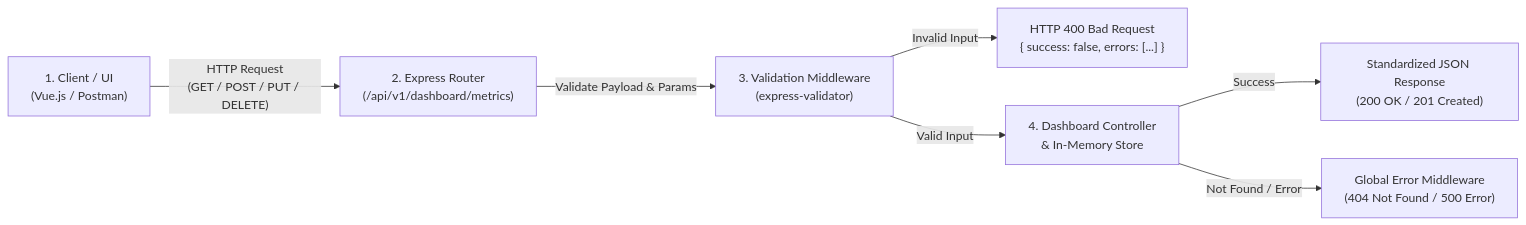
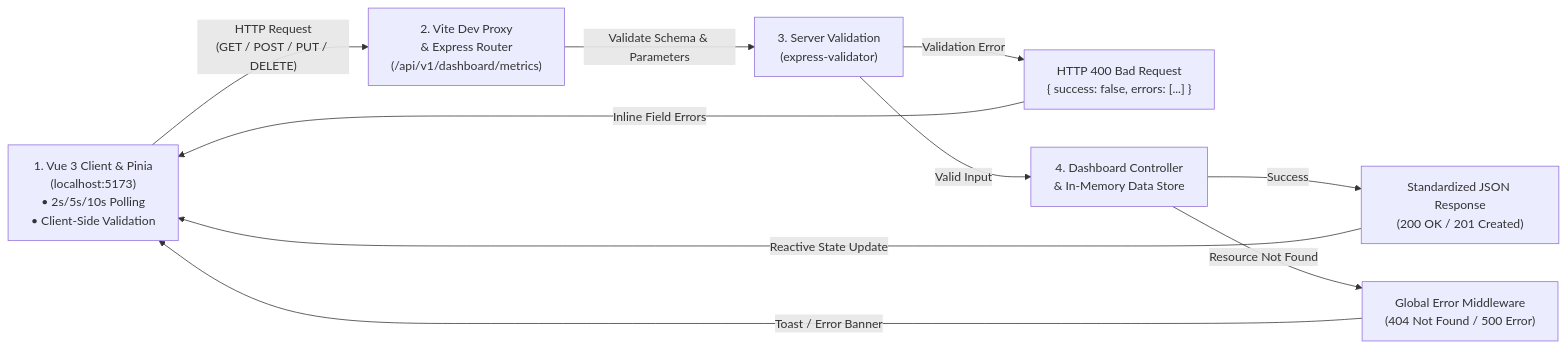
Before and after one commit to Suwethas71/Realtime-Metrics-Dashboard: the diagram in README.md, drawn with Mermaid. The commit also changed other lines of this file, not shown here.

Commit message:
docs: update root README with full-stack architecture, workflow, and run guide

````diff
--- a/README.md
+++ b/README.md
@@ -45,9 +76,12 @@
 ```mermaid
 flowchart LR
-    A["1. Client / UI\n(Vue.js / Postman)"] -->|"HTTP Request\n(GET / POST / PUT / DELETE)"| B["2. Express Router\n(/api/v1/dashboard/metrics)"]
-    B -->|"Validate Payload & Params"| C["3. Validation Middleware\n(express-validator)"]
-    C -->|"Invalid Input"| E["HTTP 400 Bad Request\n{ success: false, errors: [...] }"]
-    C -->|"Valid Input"| D["4. Dashboard Controller\n& In-Memory Store"]
+    A["1. Vue 3 Client & Pinia\n(localhost:5173)\n• 2s/5s/10s Polling\n• Client-Side Validation"] -->|"HTTP Request\n(GET / POST / PUT / DELETE)"| B["2. Vite Dev Proxy\n& Express Router\n(/api/v1/dashboard/metrics)"]
+    B -->|"Validate Schema & Parameters"| C["3. Server Validation\n(express-validator)"]
+    C -->|"Validation Error"| E["HTTP 400 Bad Request\n{ success: false, errors: [...] }"]
+    C -->|"Valid Input"| D["4. Dashboard Controller\n& In-Memory Data Store"]
     D -->|"Success"| F["Standardized JSON Response\n(200 OK / 201 Created)"]
-    D -->|"Not Found / Error"| G["Global Error Middleware\n(404 Not Found / 500 Error)"]
+    D -->|"Resource Not Found"| G["Global Error Middleware\n(404 Not Found / 500 Error)"]
+    E -->|"Inline Field Errors"| A
+    F -->|"Reactive State Update"| A
+    G -->|"Toast / Error Banner"| A
 ```
````
